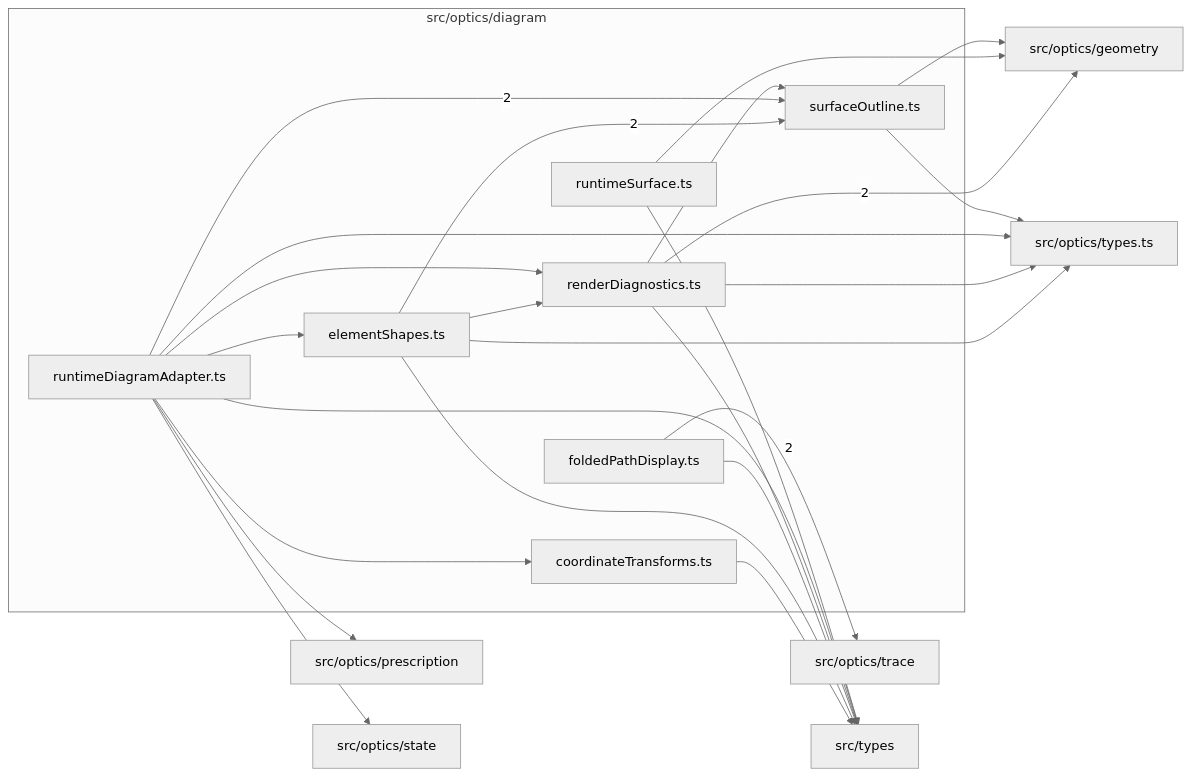
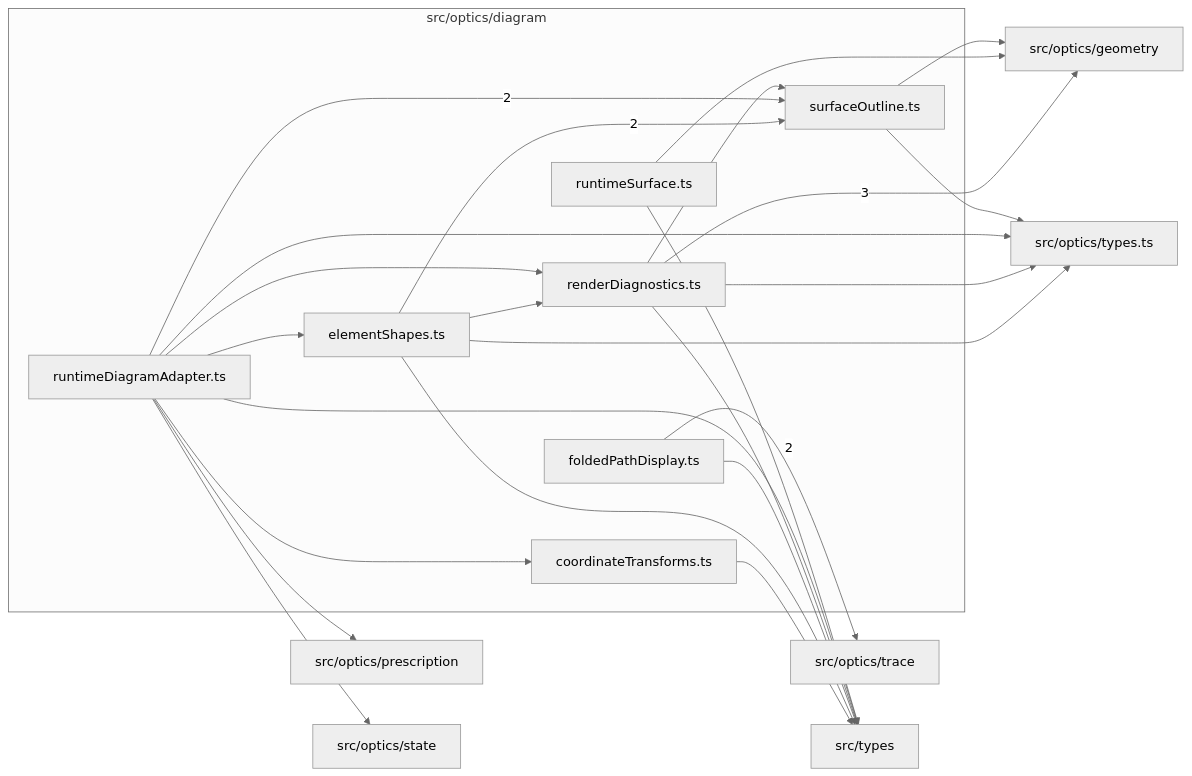
One commit to ronbuening/LensVisualizer changed the diagram in src/optics/diagram/readme.md. Above: the diagram before and after it, drawn with Mermaid (neutral theme). The commit also changed other lines of this file and 36 other files, not shown here.

````diff
--- a/src/optics/diagram/readme.md
+++ b/src/optics/diagram/readme.md
@@ -9,41 +9,41 @@
 ```mermaid
 flowchart LR
   subgraph n_src_optics_diagram["src/optics/diagram"]
     n_src_optics_diagram_src_optics_diagram_coordinateTransforms_ts["coordinateTransforms.ts"]
     n_src_optics_diagram_src_optics_diagram_elementShapes_ts["elementShapes.ts"]
     n_src_optics_diagram_src_optics_diagram_foldedPathDisplay_ts["foldedPathDisplay.ts"]
     n_src_optics_diagram_src_optics_diagram_renderDiagnostics_ts["renderDiagnostics.ts"]
     n_src_optics_diagram_src_optics_diagram_runtimeDiagramAdapter_ts["runtimeDiagramAdapter.ts"]
     n_src_optics_diagram_src_optics_diagram_runtimeSurface_ts["runtimeSurface.ts"]
     n_src_optics_diagram_src_optics_diagram_surfaceOutline_ts["surfaceOutline.ts"]
   end
   n_external_src_optics_geometry["src/optics/geometry"]
   n_external_src_optics_trace["src/optics/trace"]
   n_external_src_optics_prescription["src/optics/prescription"]
   n_external_src_optics_state["src/optics/state"]
   n_external_src_optics_types_ts["src/optics/types.ts"]
   n_external_src_types["src/types"]
-  n_src_optics_diagram_src_optics_diagram_renderDiagnostics_ts --> |2| n_external_src_optics_geometry
+  n_src_optics_diagram_src_optics_diagram_renderDiagnostics_ts --> |3| n_external_src_optics_geometry
   n_src_optics_diagram_src_optics_diagram_foldedPathDisplay_ts --> |2| n_external_src_optics_trace
   n_src_optics_diagram_src_optics_diagram_elementShapes_ts --> |2| n_src_optics_diagram_src_optics_diagram_surfaceOutline_ts
   n_src_optics_diagram_src_optics_diagram_runtimeDiagramAdapter_ts --> |2| n_src_optics_diagram_src_optics_diagram_surfaceOutline_ts
   n_src_optics_diagram_src_optics_diagram_runtimeSurface_ts --> n_external_src_optics_geometry
   n_src_optics_diagram_src_optics_diagram_surfaceOutline_ts --> n_external_src_optics_geometry
   n_src_optics_diagram_src_optics_diagram_runtimeDiagramAdapter_ts --> n_external_src_optics_prescription
   n_src_optics_diagram_src_optics_diagram_runtimeDiagramAdapter_ts --> n_external_src_optics_state
   n_src_optics_diagram_src_optics_diagram_elementShapes_ts --> n_external_src_optics_types_ts
   n_src_optics_diagram_src_optics_diagram_renderDiagnostics_ts --> n_external_src_optics_types_ts
   n_src_optics_diagram_src_optics_diagram_runtimeDiagramAdapter_ts --> n_external_src_optics_types_ts
   n_src_optics_diagram_src_optics_diagram_surfaceOutline_ts --> n_external_src_optics_types_ts
   n_src_optics_diagram_src_optics_diagram_coordinateTransforms_ts --> n_external_src_types
   n_src_optics_diagram_src_optics_diagram_elementShapes_ts --> n_external_src_types
   n_src_optics_diagram_src_optics_diagram_foldedPathDisplay_ts --> n_external_src_types
   n_src_optics_diagram_src_optics_diagram_renderDiagnostics_ts --> n_external_src_types
   n_src_optics_diagram_src_optics_diagram_runtimeDiagramAdapter_ts --> n_external_src_types
   n_src_optics_diagram_src_optics_diagram_runtimeSurface_ts --> n_external_src_types
   n_src_optics_diagram_src_optics_diagram_runtimeDiagramAdapter_ts --> n_src_optics_diagram_src_optics_diagram_coordinateTransforms_ts
   n_src_optics_diagram_src_optics_diagram_runtimeDiagramAdapter_ts --> n_src_optics_diagram_src_optics_diagram_elementShapes_ts
   n_src_optics_diagram_src_optics_diagram_elementShapes_ts --> n_src_optics_diagram_src_optics_diagram_renderDiagnostics_ts
   n_src_optics_diagram_src_optics_diagram_runtimeDiagramAdapter_ts --> n_src_optics_diagram_src_optics_diagram_renderDiagnostics_ts
   n_src_optics_diagram_src_optics_diagram_renderDiagnostics_ts --> n_src_optics_diagram_src_optics_diagram_surfaceOutline_ts
 ```
````
